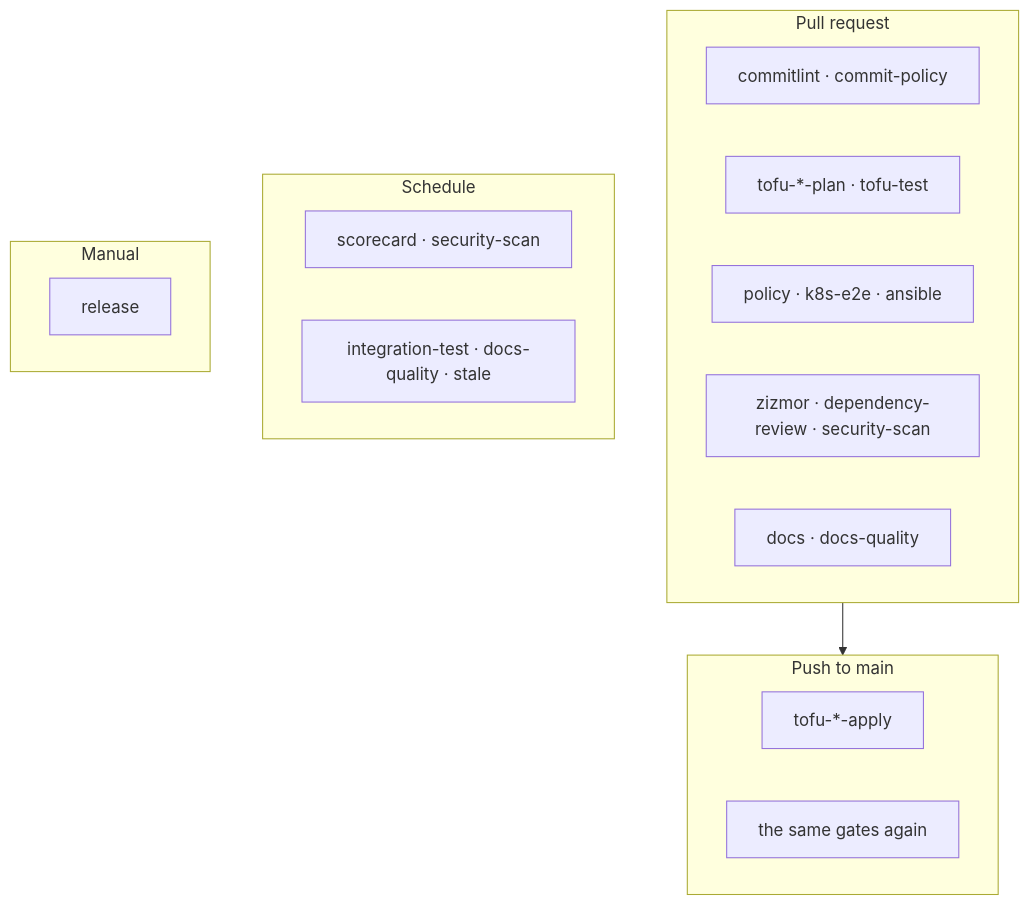
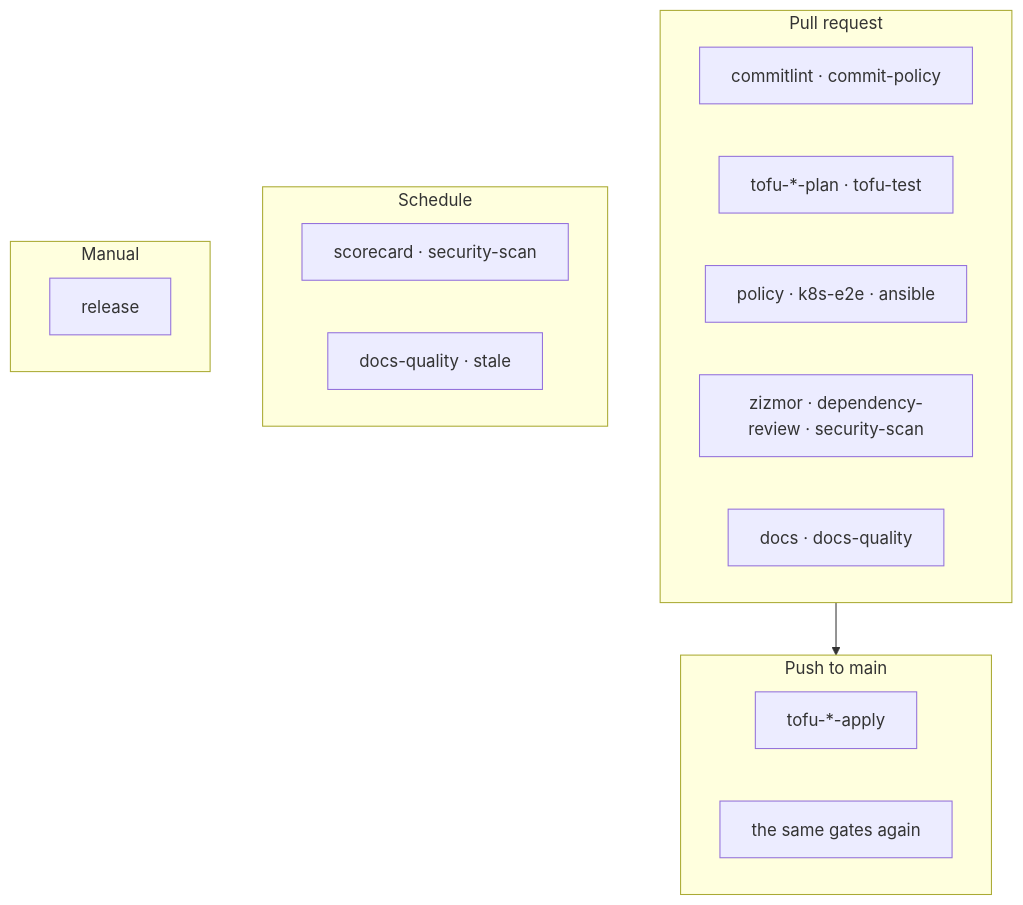
One commit to GregoireF/iac changed the diagram in docs/reference/workflows.md. Above: the diagram before and after it, drawn with Mermaid. The commit also changed other lines of this file and 11 other files, not shown here.

First line of the commit message:
test: remove the Terratest integration tests

````diff
--- a/docs/reference/workflows.md
+++ b/docs/reference/workflows.md
@@ -6,25 +6,25 @@
 ```mermaid
 flowchart TB
   subgraph pr["Pull request"]
     direction LR
     p1["commitlint · commit-policy"]
     p2["tofu-*-plan · tofu-test"]
     p3["policy · k8s-e2e · ansible"]
     p4["zizmor · dependency-review · security-scan"]
     p5["docs · docs-quality"]
   end
   subgraph main["Push to main"]
     direction LR
     m1["tofu-*-apply"]
     m2["the same gates again"]
   end
   subgraph sched["Schedule"]
     direction LR
     s1["scorecard · security-scan"]
-    s2["integration-test · docs-quality · stale"]
+    s2["docs-quality · stale"]
   end
   subgraph manual["Manual"]
     r1["release"]
   end
   pr --> main
 ```
````
